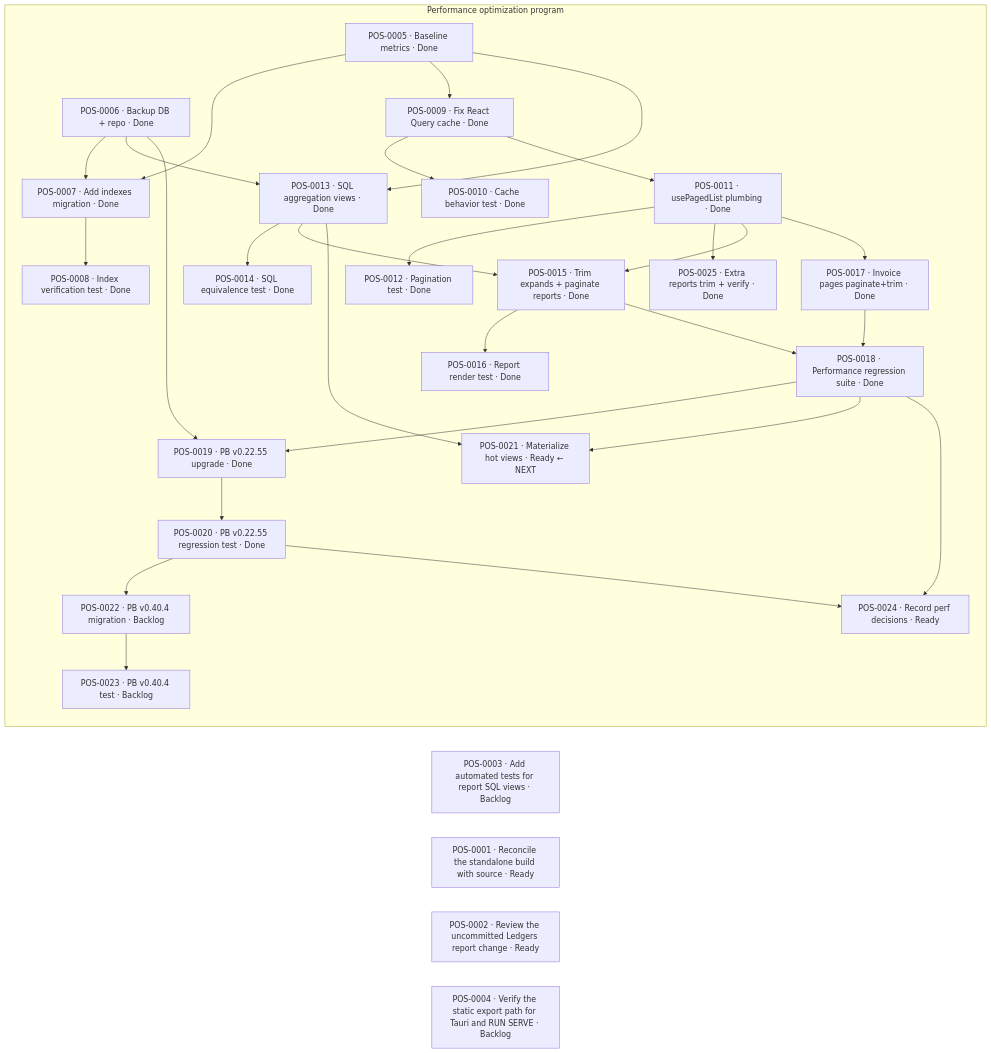
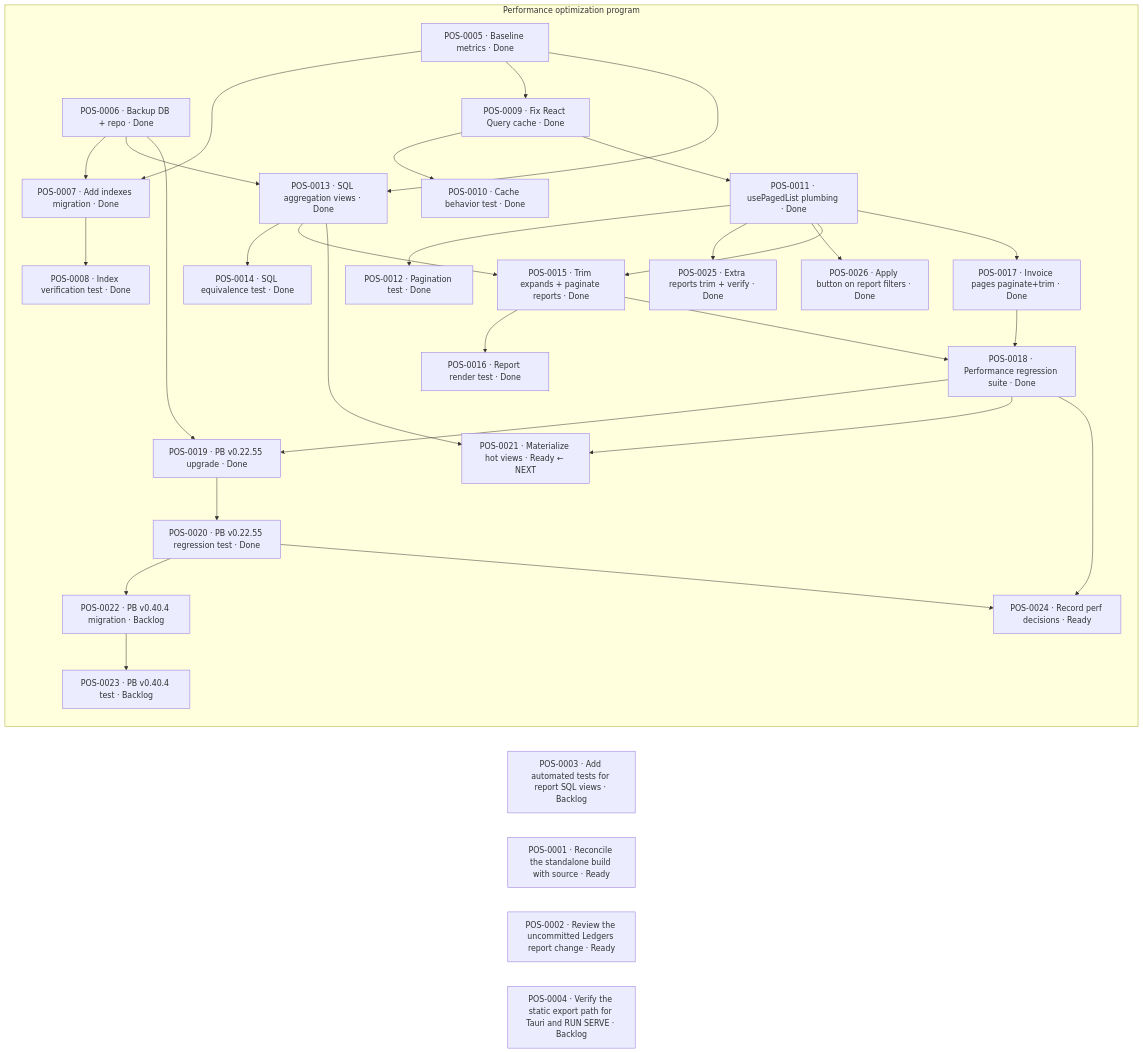
One commit to abdulhakam/aa_point_of_sale changed the second of 2 diagrams in vault/projects/aa-point-of-sale.md. Above: the diagram before and after it, drawn with Mermaid. The commit also changed other lines of this file and 20 other files, not shown here.

First line of the commit message:
POS-0026: Apply button on report filters

````diff
--- a/vault/projects/aa-point-of-sale.md
+++ b/vault/projects/aa-point-of-sale.md
@@ -123,58 +124,60 @@
 ```mermaid
 flowchart LR
   T1["POS-0003 · Add automated tests for report SQL views · Backlog"]
   T2["POS-0001 · Reconcile the standalone build with source · Ready"]
   T3["POS-0002 · Review the uncommitted Ledgers report change · Ready"]
   T4["POS-0004 · Verify the static export path for Tauri and RUN SERVE · Backlog"]
 
   subgraph PERF["Performance optimization program"]
     P5["POS-0005 · Baseline metrics · Done"]
     P6["POS-0006 · Backup DB + repo · Done"]
     P7["POS-0007 · Add indexes migration · Done"]
     P8["POS-0008 · Index verification test · Done"]
     P9["POS-0009 · Fix React Query cache · Done"]
     P10["POS-0010 · Cache behavior test · Done"]
     P11["POS-0011 · usePagedList plumbing · Done"]
     P12["POS-0012 · Pagination test · Done"]
     P13["POS-0013 · SQL aggregation views · Done"]
     P14["POS-0014 · SQL equivalence test · Done"]
     P15["POS-0015 · Trim expands + paginate reports · Done"]
     P16["POS-0016 · Report render test · Done"]
     P17["POS-0017 · Invoice pages paginate+trim · Done"]
     P18["POS-0018 · Performance regression suite · Done"]
     P19["POS-0019 · PB v0.22.55 upgrade · Done"]
     P20["POS-0020 · PB v0.22.55 regression test · Done"]
     P21["POS-0021 · Materialize hot views · Ready ← NEXT"]
     P22["POS-0022 · PB v0.40.4 migration · Backlog"]
     P23["POS-0023 · PB v0.40.4 test · Backlog"]
     P24["POS-0024 · Record perf decisions · Ready"]
     P25["POS-0025 · Extra reports trim + verify · Done"]
+    P26["POS-0026 · Apply button on report filters · Done"]
   end
 
   P5 --> P7
   P6 --> P7
   P7 --> P8
   P5 --> P9
   P9 --> P10
   P9 --> P11
   P11 --> P12
   P11 --> P25
+  P11 --> P26
   P5 --> P13
   P6 --> P13
   P13 --> P14
   P11 --> P15
   P13 --> P15
   P15 --> P16
   P11 --> P17
   P15 --> P18
   P17 --> P18
   P6 --> P19
   P18 --> P19
   P19 --> P20
   P13 --> P21
   P18 --> P21
   P20 --> P22
   P22 --> P23
   P18 --> P24
   P20 --> P24
 ```
````
